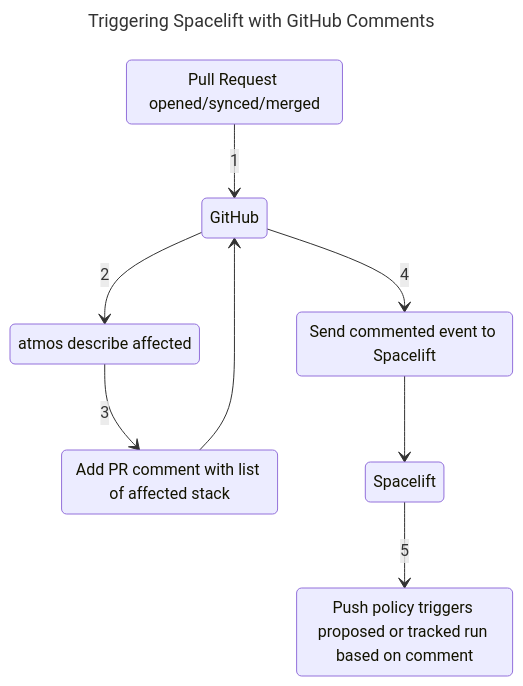
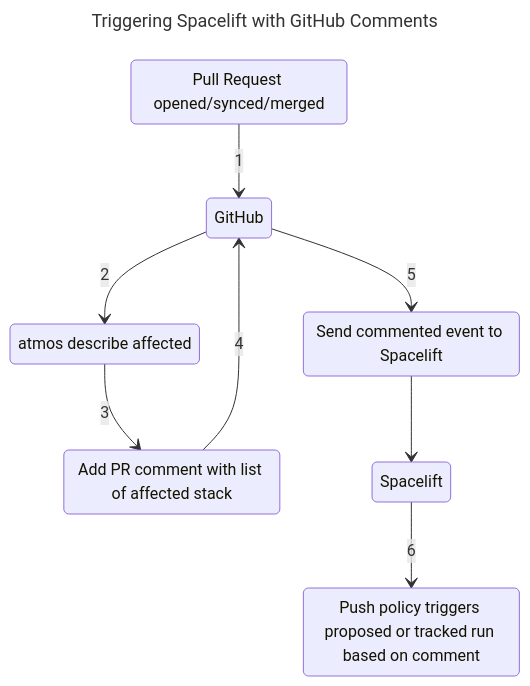
Before and after one commit to cloudposse/terraform-aws-components: the diagram in modules/spacelift/README.md, drawn with Mermaid. The commit also changed other lines of this file, not shown here.

Commit message:
added mermaid diagram

````diff
--- a/modules/spacelift/README.md
+++ b/modules/spacelift/README.md
@@ -220,21 +218,21 @@
 ```mermaid
 ---
 title: Triggering Spacelift with GitHub Comments
 ---
 stateDiagram-v2
     pr --> gh : 1
     gh --> affected : 2
     affected --> pr_comment : 3
-    pr_comment --> gh
-    gh --> comment : 4
+    pr_comment --> gh : 4
+    gh --> comment : 5
     comment --> spacelift
-    spacelift --> trigger : 5
+    spacelift --> trigger : 6
 
     state "Pull Request opened/synced/merged" as pr
     state "GitHub" as gh
     state "atmos describe affected" as affected
     state "Add PR comment with list of affected stack" as pr_comment
     state "Send commented event to Spacelift" as comment
     state "Spacelift" as spacelift
     state "Push policy triggers proposed or tracked run based on comment" as trigger
 ```
````
